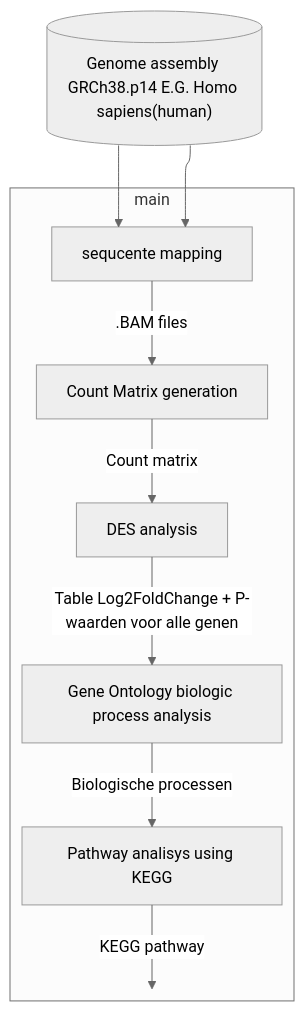
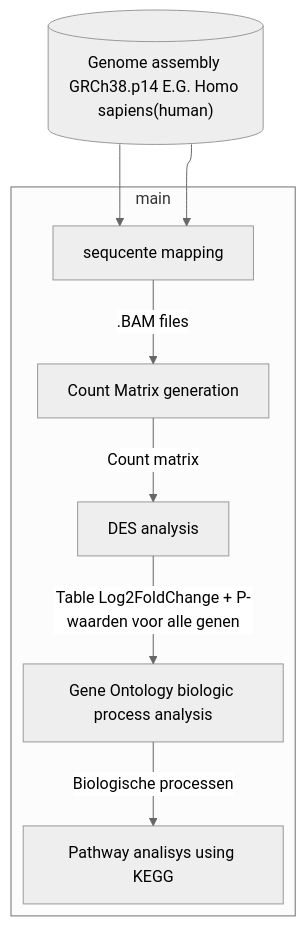
The diagram in README.md (Quantum-Coder826/J2P4casusTranscriptomics), drawn with Mermaid (neutral theme) before and after one commit.

Commit message:
removed link

````diff
--- a/README.md
+++ b/README.md
@@ -38,30 +38,30 @@
 ```mermaid
 flowchart-elk TD;
   
   HG38[("Genome assembly GRCh38.p14 E.G. Homo sapiens(human)")] --> seq_map
   HG38 --> seq_map;
   
   click HG38 "https://www.ncbi.nlm.nih.gov/datasets/genome/GCF_000001405.40/";
   
   subgraph main;
     direction LR;
     
     hidden:::hidden;
     
     seq_map[sequcente mapping] -->|".BAM files"| matrix;
     matrix[Count Matrix generation] -->|"Count matrix"| data_ana;
     data_ana[DES analysis] -->|"Table Log2FoldChange + P-waarden voor alle genen"| GO_ana;
     GO_ana[Gene Ontology biologic process analysis] -->|"Biologische processen"| KEGG_ana;
-    KEGG_ana[Pathway analisys using KEGG] -->|"KEGG pathway"|hidden;
+    KEGG_ana[Pathway analisys using KEGG];
     
   end;
   
   click seq_map "https://github.com/Quantum-Coder826/J2P4casusTranscriptomics/blob/main/scripts/seq_mapping.R";
   click matrix "https://github.com/Quantum-Coder826/J2P4casusTranscriptomics/blob/main/scripts/count_matrix.R";
   click data_ana "https://github.com/Quantum-Coder826/J2P4casusTranscriptomics/blob/main/scripts/data_ana.R";
   click GO_ana "https://github.com/Quantum-Coder826/J2P4casusTranscriptomics/blob/main/scripts/GO_analysis.R";
   click KEGG_ana "https://github.com/Quantum-Coder826/J2P4casusTranscriptomics/blob/main/scripts/KEGG_analysis.R";
   
   classDef hidden display: none;
 
 ```
````
